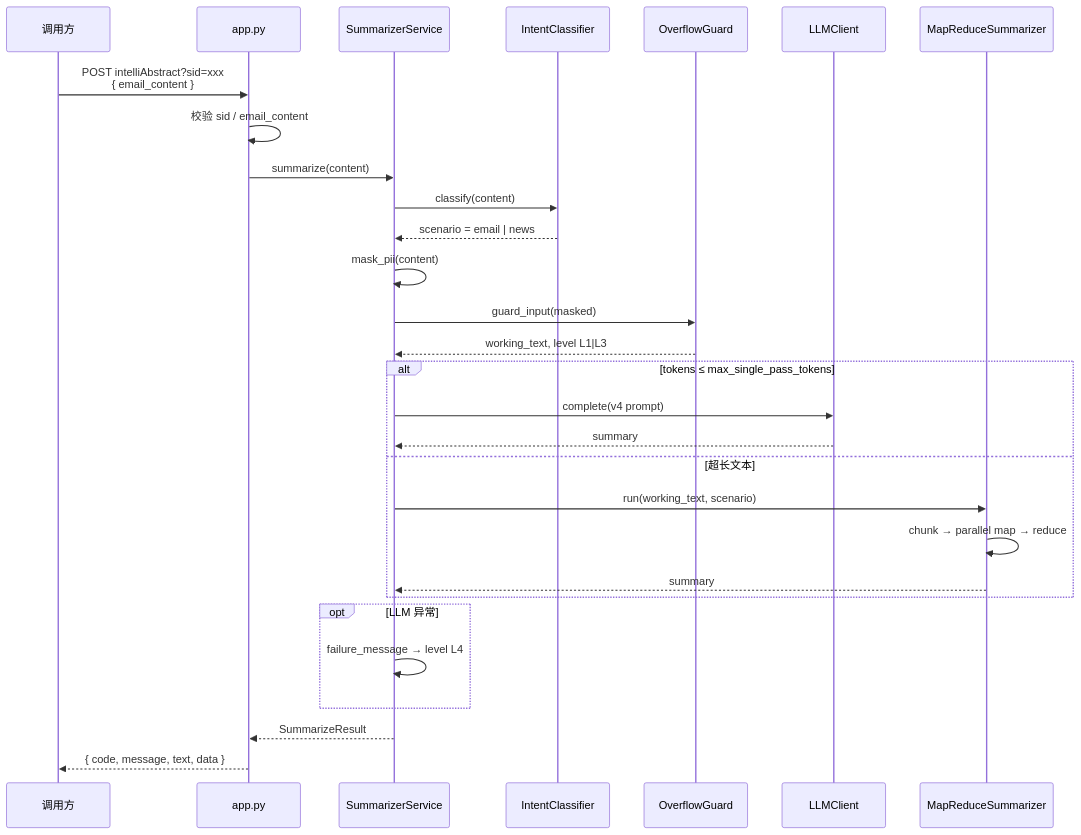
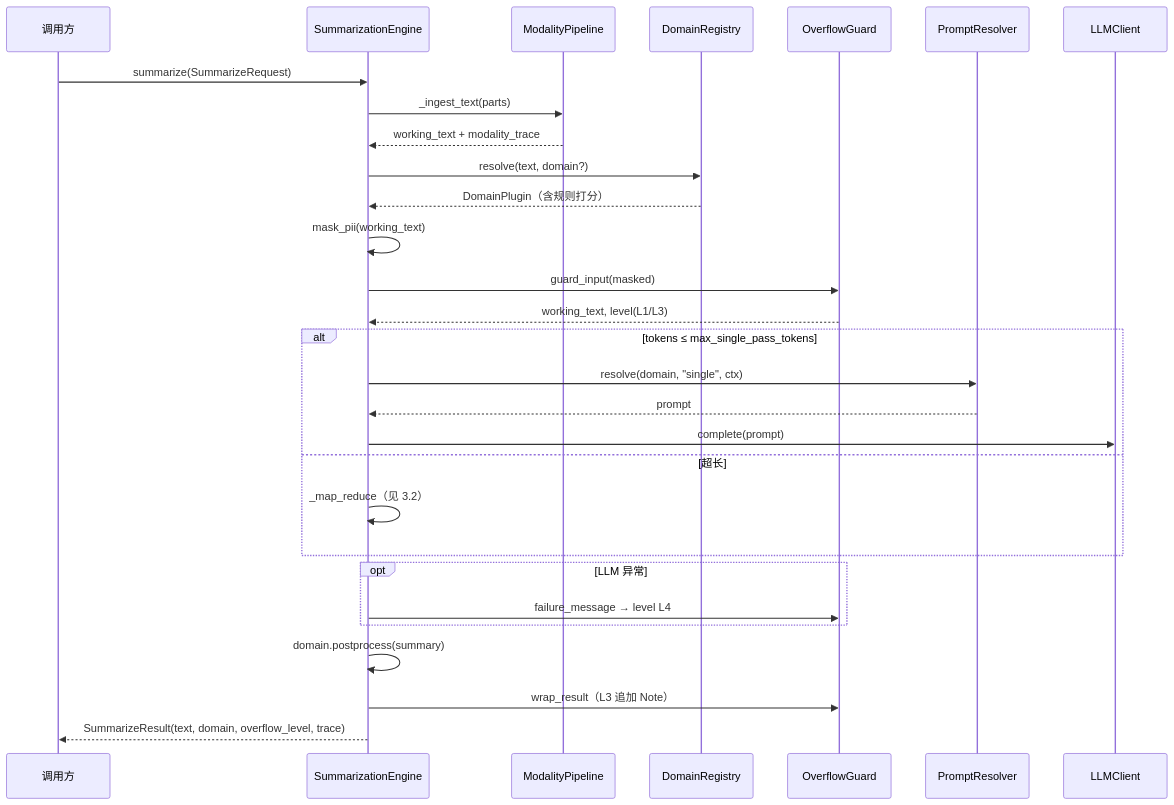
One commit to DemonDamon/AgenticX-LongTextSummarizer changed the second of 7 diagrams in README.md. Above: the diagram before and after it, drawn with Mermaid. The commit also changed other lines of this file and 6 other files, not shown here.

First line of the commit message:
refactor(summarizer): code review 修复 + README 架构重写

````diff
--- a/README.md
+++ b/README.md
@@ -111,37 +148,35 @@
 ```mermaid
 sequenceDiagram
     participant C as 调用方
-    participant A as app.py
-    participant S as SummarizerService
-    participant I as IntentClassifier
-    participant O as OverflowGuard
+    participant E as SummarizationEngine
+    participant M as ModalityPipeline
+    participant R as DomainRegistry
+    participant G as OverflowGuard
+    participant P as PromptResolver
     participant L as LLMClient
-    participant M as MapReduceSummarizer
 
-    C->>A: POST intelliAbstract?sid=xxx<br/>{ email_content }
-    A->>A: 校验 sid / email_content
-    A->>S: summarize(content)
-
-    S->>I: classify(content)
-    I-->>S: scenario = email | news
-
-    S->>S: mask_pii(content)
-    S->>O: guard_input(masked)
-    O-->>S: working_text, level L1|L3
+    C->>E: summarize(SummarizeRequest)
+    E->>M: _ingest_text(parts)
+    M-->>E: working_text + modality_trace
+    E->>R: resolve(text, domain?)
+    R-->>E: DomainPlugin（含规则打分）
+    E->>E: mask_pii(working_text)
+    E->>G: guard_input(masked)
+    G-->>E: working_text, level(L1/L3)
 
     alt tokens ≤ max_single_pass_tokens
-        S->>L: complete(v4 prompt)
-        L-->>S: summary
-    else 超长文本
-        S->>M: run(working_text, scenario)
-        M->>M: chunk → parallel map → reduce
-        M-->>S: summary
+        E->>P: resolve(domain, "single", ctx)
+        P-->>E: prompt
+        E->>L: complete(prompt)
+    else 超长
+        E->>E: _map_reduce（见 3.2）
     end
 
     opt LLM 异常
-        S->>S: failure_message → level L4
+        E->>G: failure_message → level L4
     end
 
-    S-->>A: SummarizeResult
-    A-->>C: { code, message, text, data }
+    E->>E: domain.postprocess(summary)
+    E->>G: wrap_result（L3 追加 Note）
+    E-->>C: SummarizeResult(text, domain, overflow_level, trace)
 ```
````
